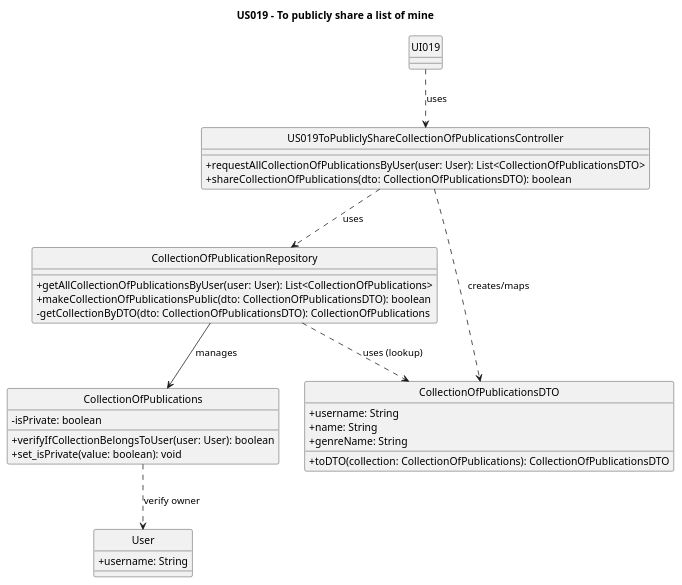
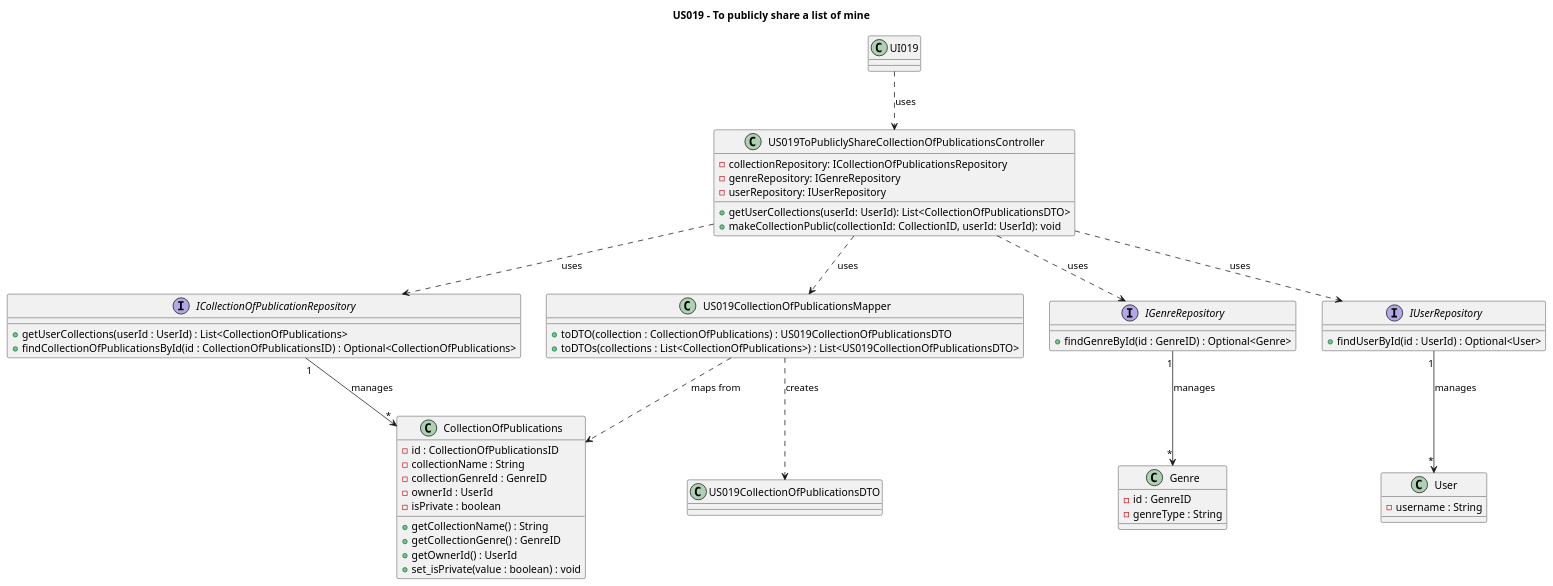
One commit to AndrePereiraGitH/SWitCH-Project-Team_A changed the diagram in Diagrams/ClassDiagrams/US019-to-publicly-share-a-list.puml. Above: the diagram before and after it, drawn with PlantUML. The commit also changed 1 other file, not shown here.

Commit message:
Refactor #602 (US019): Updated CD and SSD diagrams to represent the new DDD principles implementation

```diff
--- a/Diagrams/ClassDiagrams/US019-to-publicly-share-a-list.puml
+++ b/Diagrams/ClassDiagrams/US019-to-publicly-share-a-list.puml
@@ -1,50 +1,79 @@
 @startuml
-hide circle
+
 title US019 - To publicly share a list of mine
-
-skinparam classAttributeIconSize 0
 
 class "UI019" as UI019 {
 
 }
 
-class "US019ToPubliclyShareCollectionOfPublicationsController" as Controller {
-  +requestAllCollectionOfPublicationsByUser(user: User): List<CollectionOfPublicationsDTO>
-  +shareCollectionOfPublications(dto: CollectionOfPublicationsDTO): boolean
+'Controller
+class "US019ToPubliclyShareCollectionOfPublicationsController" as US019Controller {
+  -collectionRepository: ICollectionOfPublicationsRepository
+  -genreRepository: IGenreRepository
+  -userRepository: IUserRepository
+  +getUserCollections(userId: UserId): List<CollectionOfPublicationsDTO>
+  +makeCollectionPublic(collectionId: CollectionID, userId: UserId): void
 }
 
-class "CollectionOfPublicationRepository" as Repository  {
-  +getAllCollectionOfPublicationsByUser(user: User): List<CollectionOfPublications>
-  +makeCollectionOfPublicationsPublic(dto: CollectionOfPublicationsDTO): boolean
-  -getCollectionByDTO(dto: CollectionOfPublicationsDTO): CollectionOfPublications
+'Repository Interfaces
+interface "ICollectionOfPublicationRepository" as ICollectionOfPublicationsRepository  {
+ + getUserCollections(userId : UserId) : List<CollectionOfPublications>
+ + findCollectionOfPublicationsById(id : CollectionOfPublicationsID) : Optional<CollectionOfPublications>
 }
 
-class "CollectionOfPublications" as Collection  {
-  -isPrivate: boolean
-  +verifyIfCollectionBelongsToUser(user: User): boolean
-  +set_isPrivate(value: boolean): void
+interface IGenreRepository {
+  + findGenreById(id : GenreID) : Optional<Genre>
 }
 
-class "CollectionOfPublicationsDTO" as DTO {
-  +username: String
-  +name: String
-  +genreName: String
-  +toDTO(collection: CollectionOfPublications): CollectionOfPublicationsDTO
+interface IUserRepository {
+  + findUserById(id : UserId) : Optional<User>
+}
+
+'Domain
+class CollectionOfPublications {
+  - id : CollectionOfPublicationsID
+  - collectionName : String
+  - collectionGenreId : GenreID
+  - ownerId : UserId
+  - isPrivate : boolean
+  + getCollectionName() : String
+  + getCollectionGenre() : GenreID
+  + getOwnerId() : UserId
+  + set_isPrivate(value : boolean) : void
+}
+
+class Genre {
+  - id : GenreID
+  - genreType : String
 }
 
 class User {
-  +username: String
+  - username : String
 }
 
-' Associations / Dependencies
-UI019 ..> Controller : uses
-Controller ..> Repository : uses
-Repository --> Collection : manages
-Controller ..> DTO : creates/maps
-Repository ..> DTO : uses (lookup)
-Collection ..> User : verify owner
 
-' Multiplicities (implicit in the sequence)
-'Repository "1" o-- "0..*" Collection : collections
+class US019CollectionOfPublicationsMapper {
+  + toDTO(collection : CollectionOfPublications) : US019CollectionOfPublicationsDTO
+  + toDTOs(collections : List<CollectionOfPublications>) : List<US019CollectionOfPublicationsDTO>
+}
+
+class "US019CollectionOfPublicationsDTO" as DTO{
+}
+
+' Interactions
+UI019 ..> US019Controller : uses
+
+US019Controller ..> ICollectionOfPublicationsRepository : uses
+US019Controller ..> IGenreRepository : uses
+US019Controller ..> IUserRepository : uses
+US019Controller ..> US019CollectionOfPublicationsMapper : uses
+
+ICollectionOfPublicationsRepository "1" --> "*" CollectionOfPublications : manages
+IGenreRepository "1" --> "*" Genre : manages
+IUserRepository "1" --> "*" User : manages
+
+US019CollectionOfPublicationsMapper ..> CollectionOfPublications : maps from
+US019CollectionOfPublicationsMapper ..> DTO : creates
+
 
 @enduml
```
